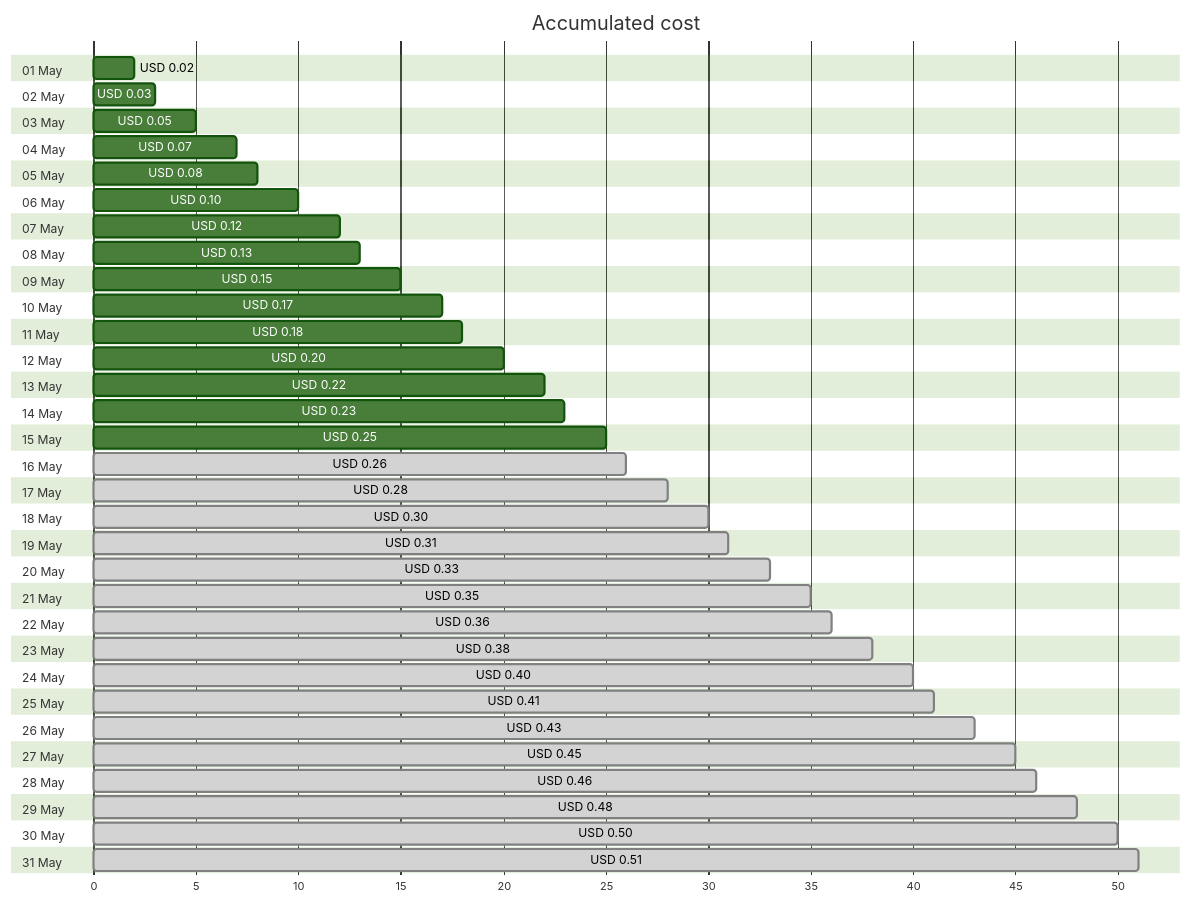
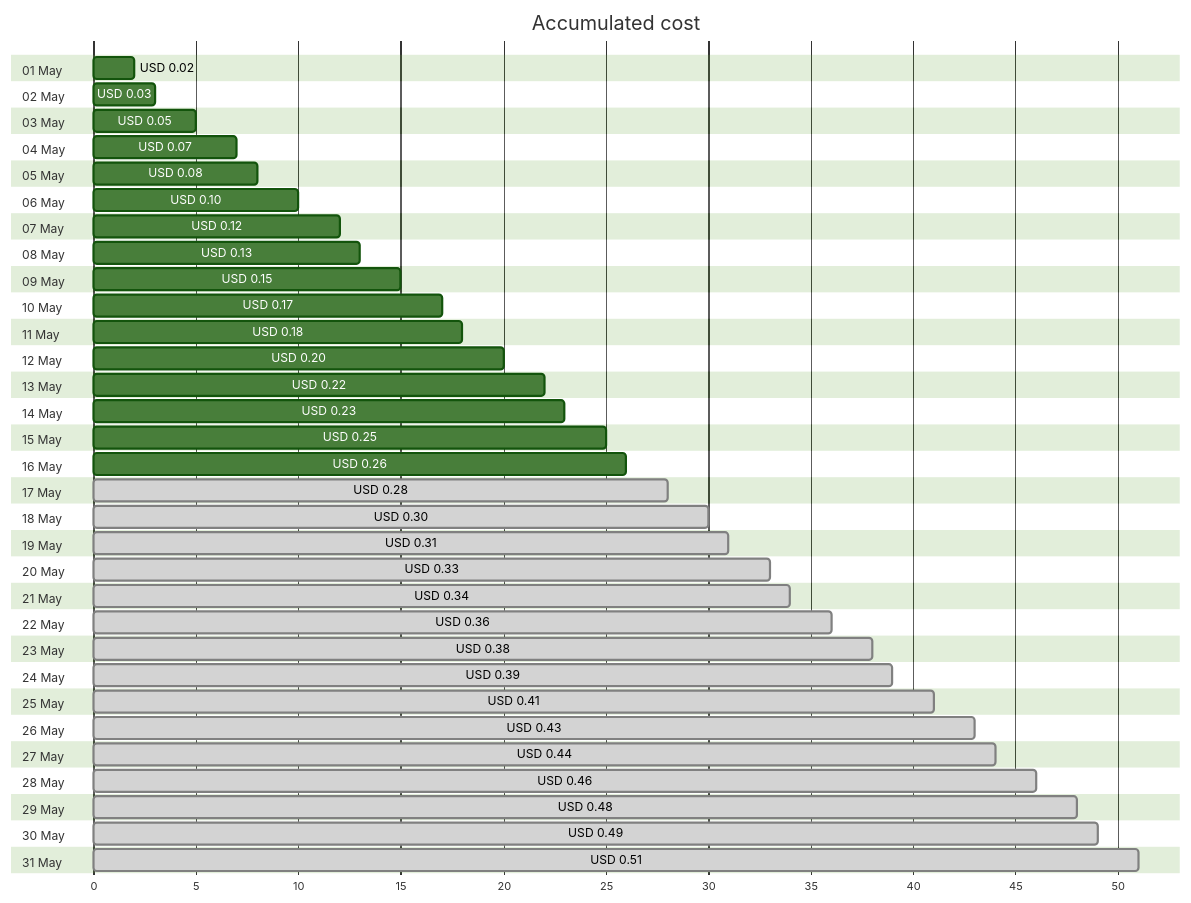
One commit to jpfulton/azure-personal-reports changed the first of 4 diagrams in cost-reports/personal-dns/jpatrickfulton.dev.md. Above: the diagram before and after it, drawn with Mermaid (forest theme). The commit also changed other lines of this file and 2 other files, not shown here.

````diff
--- a/cost-reports/personal-dns/jpatrickfulton.dev.md
+++ b/cost-reports/personal-dns/jpatrickfulton.dev.md
@@ -20,68 +20,68 @@
 ```mermaid
 gantt
    title Accumulated cost
    dateFormat  X
    axisFormat %s
    section 01 May
    USD 0.02 :0, 2
    section 02 May
    USD 0.03 :0, 3
    section 03 May
    USD 0.05 :0, 5
    section 04 May
    USD 0.07 :0, 7
    section 05 May
    USD 0.08 :0, 8
    section 06 May
    USD 0.10 :0, 10
    section 07 May
    USD 0.12 :0, 12
    section 08 May
    USD 0.13 :0, 13
    section 09 May
    USD 0.15 :0, 15
    section 10 May
    USD 0.17 :0, 17
    section 11 May
    USD 0.18 :0, 18
    section 12 May
    USD 0.20 :0, 20
    section 13 May
    USD 0.22 :0, 22
    section 14 May
    USD 0.23 :0, 23
    section 15 May
    USD 0.25 :0, 25
    section 16 May
-   USD 0.26 : done, 0, 26
+   USD 0.26 :0, 26
    section 17 May
    USD 0.28 : done, 0, 28
    section 18 May
    USD 0.30 : done, 0, 30
    section 19 May
    USD 0.31 : done, 0, 31
    section 20 May
    USD 0.33 : done, 0, 33
    section 21 May
-   USD 0.35 : done, 0, 35
+   USD 0.34 : done, 0, 34
    section 22 May
    USD 0.36 : done, 0, 36
    section 23 May
    USD 0.38 : done, 0, 38
    section 24 May
-   USD 0.40 : done, 0, 40
+   USD 0.39 : done, 0, 39
    section 25 May
    USD 0.41 : done, 0, 41
    section 26 May
    USD 0.43 : done, 0, 43
    section 27 May
-   USD 0.45 : done, 0, 45
+   USD 0.44 : done, 0, 44
    section 28 May
    USD 0.46 : done, 0, 46
    section 29 May
    USD 0.48 : done, 0, 48
    section 30 May
-   USD 0.50 : done, 0, 50
+   USD 0.49 : done, 0, 49
    section 31 May
    USD 0.51 : done, 0, 51
 ```
````
